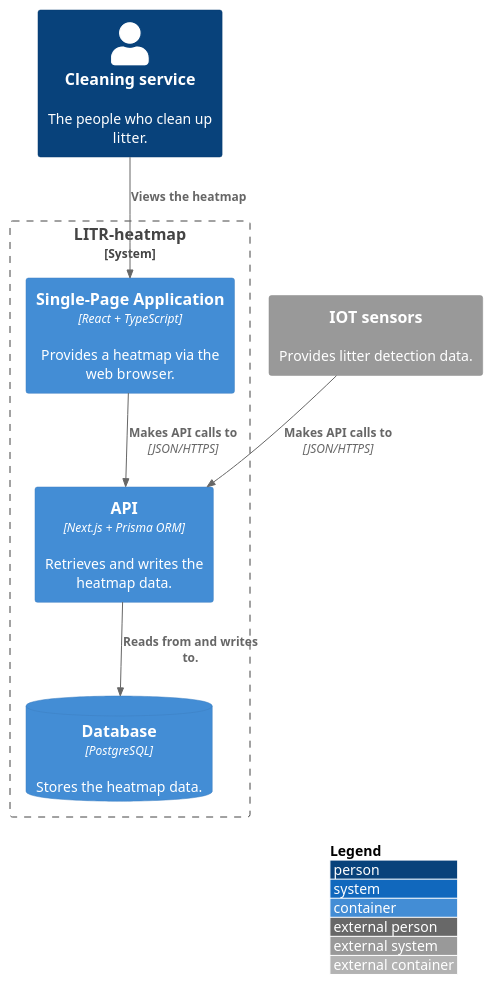
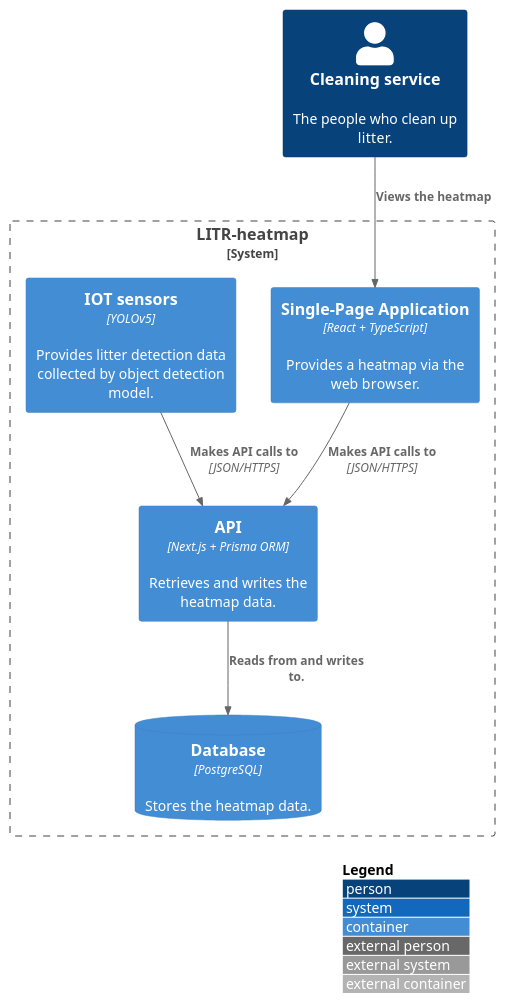
One commit to FHICT-S-Koen/LITR changed the diagram in container-diagram.puml. Above: the diagram before and after it, drawn with PlantUML.

```diff
--- a/container-diagram.puml
+++ b/container-diagram.puml
@@ -1,25 +1,25 @@
 @startuml C4_Elements
 !include https://raw.githubusercontent.com/plantuml-stdlib/C4-PlantUML/master/C4_Container.puml
 
 LAYOUT_WITH_LEGEND()
 
 Person(user, "Cleaning service", "The people who clean up litter.")
 
-System_Ext(jetson, "IOT sensors", "Provides litter detection data.")
-
 System_Boundary(boundry, "LITR-heatmap"){
 	Container(spa, "Single-Page Application", "React + TypeScript", "Provides a heatmap via the web browser.")
+
+	Container(jetson, "IOT sensors", "YOLOv5", "Provides litter detection data collected by object detection model.")
 	
 	Container(api, "API", "Next.js + Prisma ORM", "Retrieves and writes the heatmap data.")
 
 	ContainerDb(db, "Database", "PostgreSQL", "Stores the heatmap data.")
 }
 
 Rel_D(user, spa, "Views the heatmap")
 
 Rel_D(spa, api, "Makes API calls to", "JSON/HTTPS")
 
 Rel_D(jetson, api, "Makes API calls to", "JSON/HTTPS")
 
 Rel_D(api, db, "Reads from and writes to.")
 @enduml
```
